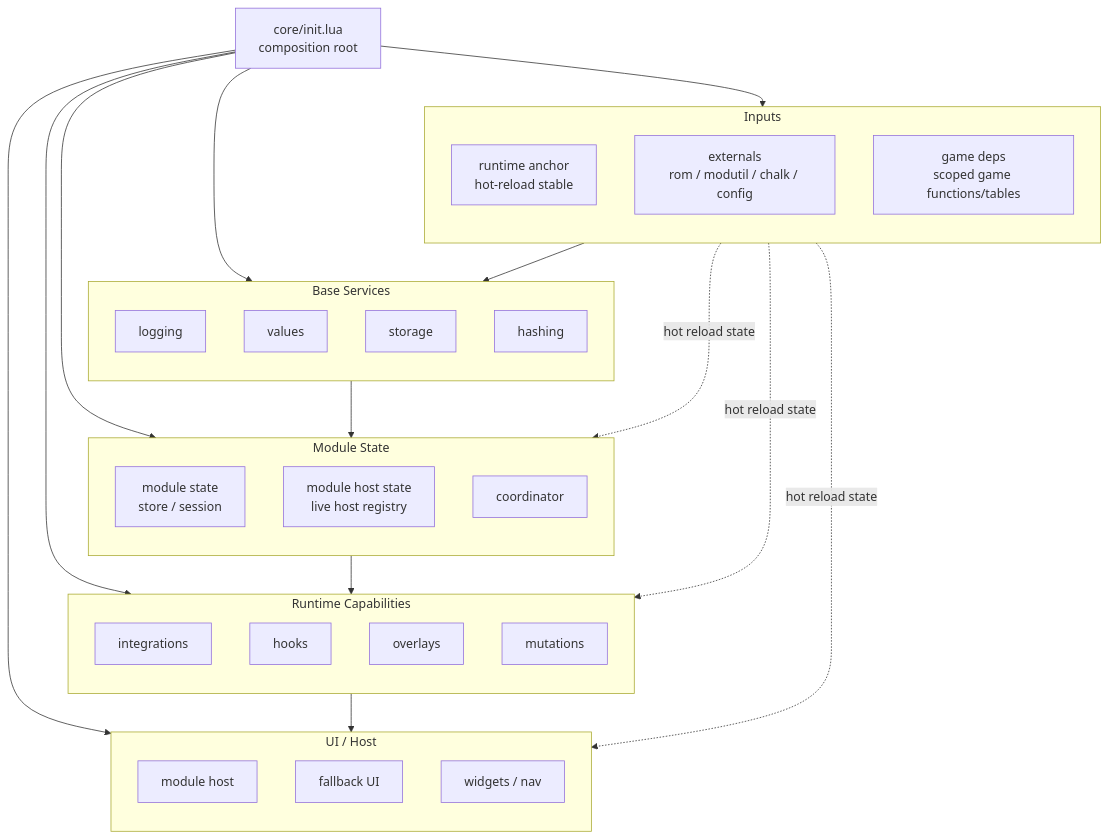
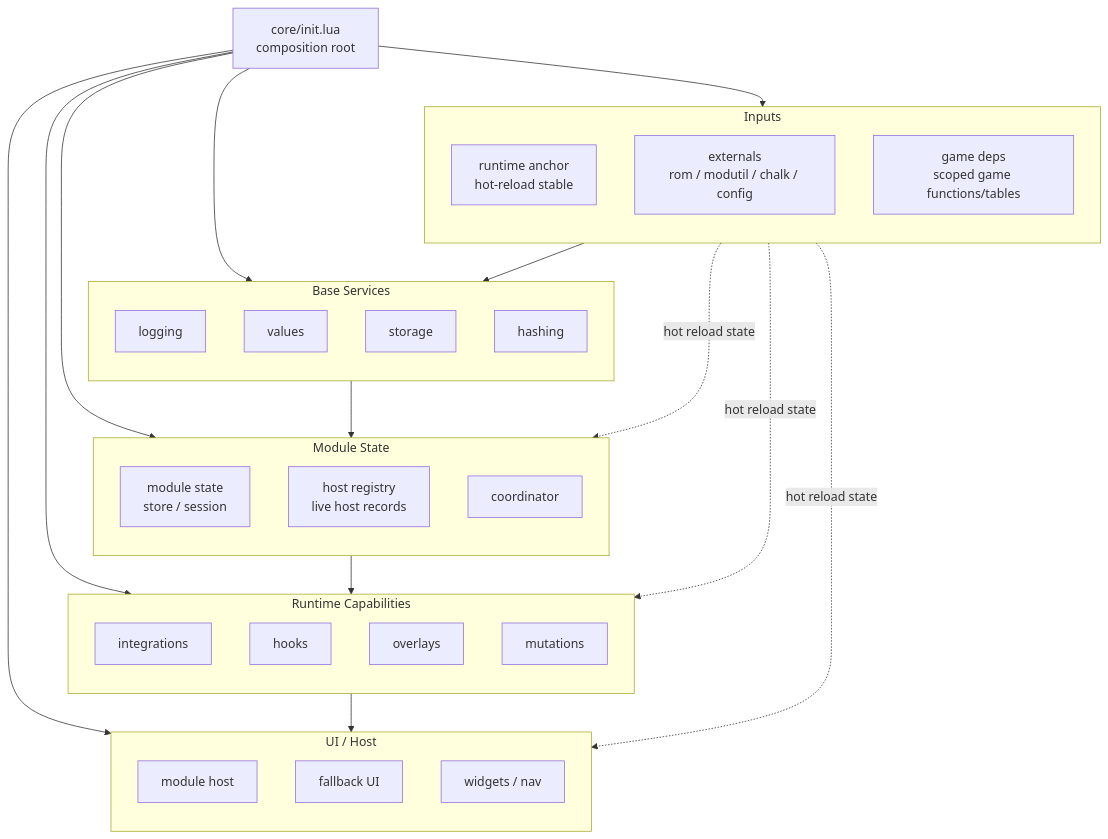
The second of 5 diagrams in docs/SYSTEM_INFRASTRUCTURE.md (h2-modpack/adamant-ModpackLib), drawn with Mermaid before and after one commit. The commit also changed other lines of this file and 138 other files, not shown here.

Commit message:
Checkpoint lib architecture cleanup

````diff
--- a/docs/SYSTEM_INFRASTRUCTURE.md
+++ b/docs/SYSTEM_INFRASTRUCTURE.md
@@ -42,56 +42,56 @@
 ```mermaid
 flowchart TD
     INIT["core/init.lua<br/>composition root"]
 
     INIT --> INPUTS
     INIT --> BASE
     INIT --> STATE
     INIT --> RUNTIME_SYS
     INIT --> UI_HOST
 
     subgraph INPUTS["Inputs"]
         direction TB
         RUNTIME["runtime anchor<br/>hot-reload stable"]
         EXTERNALS["externals<br/>rom / modutil / chalk / config"]
         GAMEDEPS["game deps<br/>scoped game functions/tables"]
     end
 
     subgraph BASE["Base Services"]
         direction TB
         LOGGING["logging"]
         VALUES["values"]
         STORAGE["storage"]
         HASHING["hashing"]
     end
 
     subgraph STATE["Module State"]
         direction TB
         MODULESTATE["module state<br/>store / session"]
-        HOSTSTATE["module host state<br/>live host registry"]
+        HOSTREGISTRY["host registry<br/>live host records"]
         COORD["coordinator"]
     end
 
     subgraph RUNTIME_SYS["Runtime Capabilities"]
         direction TB
         INTEGRATIONS["integrations"]
         HOOKS["hooks"]
         OVERLAYS["overlays"]
         MUTATIONS["mutations"]
     end
 
     subgraph UI_HOST["UI / Host"]
         direction TB
         HOST["module host"]
         FALLBACK_UI["fallback UI"]
         WIDGETS["widgets / nav"]
     end
 
     INPUTS --> BASE
     BASE --> STATE
     STATE --> RUNTIME_SYS
     RUNTIME_SYS --> UI_HOST
 
     RUNTIME -. hot reload state .-> STATE
     RUNTIME -. hot reload state .-> RUNTIME_SYS
     RUNTIME -. hot reload state .-> UI_HOST
 ```
````
